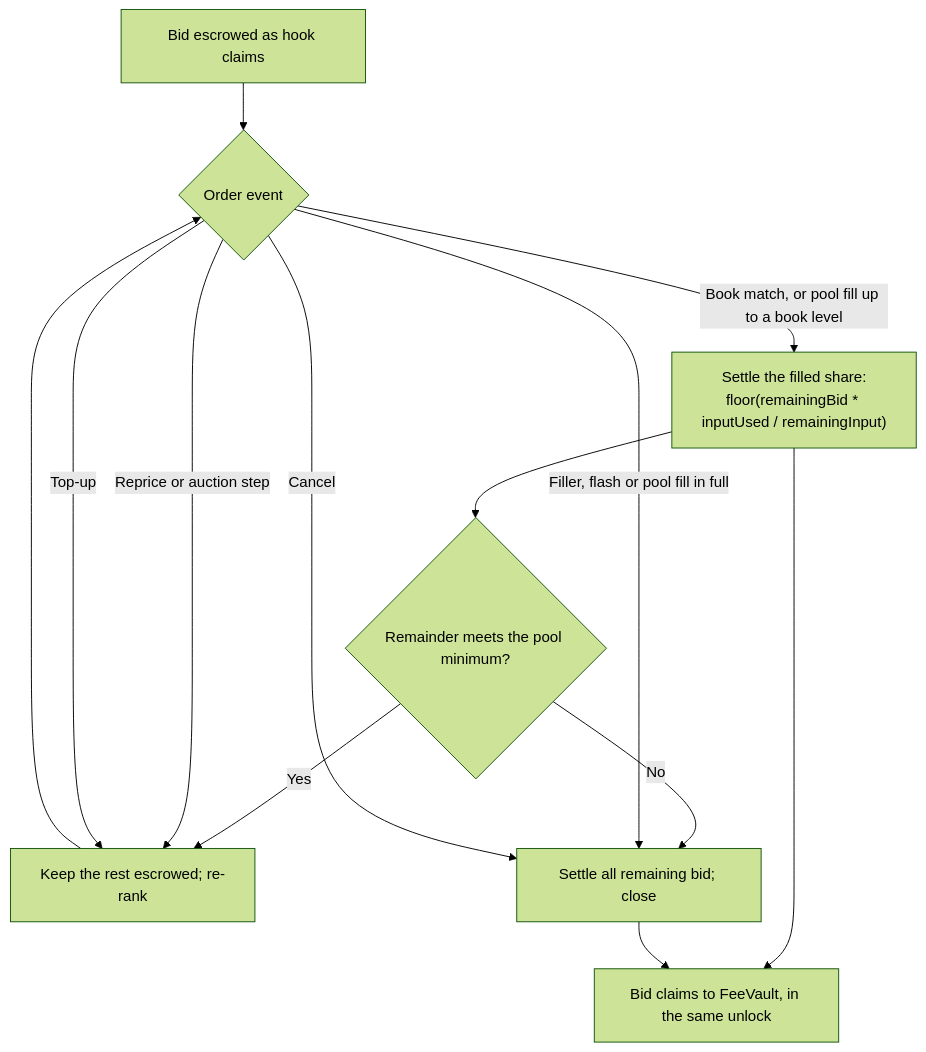
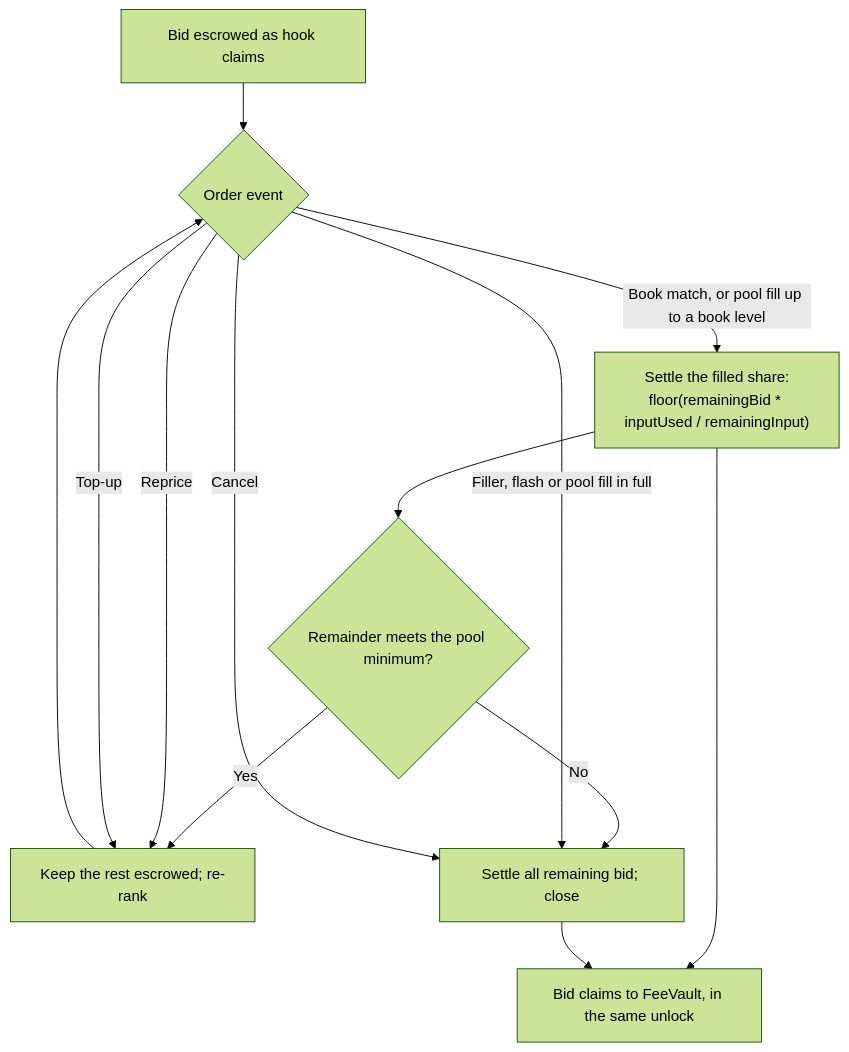
The third of 3 diagrams in docs/order-lifecycle.md (asyncswap/contracts), drawn with Mermaid (forest theme) before and after one commit. The commit also changed 3 other files, not shown here.

Commit message:
Drop DutchAuction from current deployment records and lifecycle diagram

````diff
--- a/docs/order-lifecycle.md
+++ b/docs/order-lifecycle.md
@@ -90,15 +90,15 @@
 ```mermaid
 flowchart TD
     A["Bid escrowed as hook claims"] --> B{"Order event"}
     B -- "Book match, or pool fill up to a book level" --> C["Settle the filled share:<br/>floor(remainingBid * inputUsed / remainingInput)"]
     C --> D{"Remainder meets the pool minimum?"}
     D -- "Yes" --> E["Keep the rest escrowed; re-rank"]
     E --> B
     D -- "No" --> F["Settle all remaining bid; close"]
     B -- "Filler, flash or pool fill in full" --> F
     B -- "Cancel" --> F
-    B -- "Reprice or auction step" --> E
+    B -- "Reprice" --> E
     B -- "Top-up" --> E
     C --> K["Bid claims to FeeVault, in the same unlock"]
     F --> K
 ```
````
